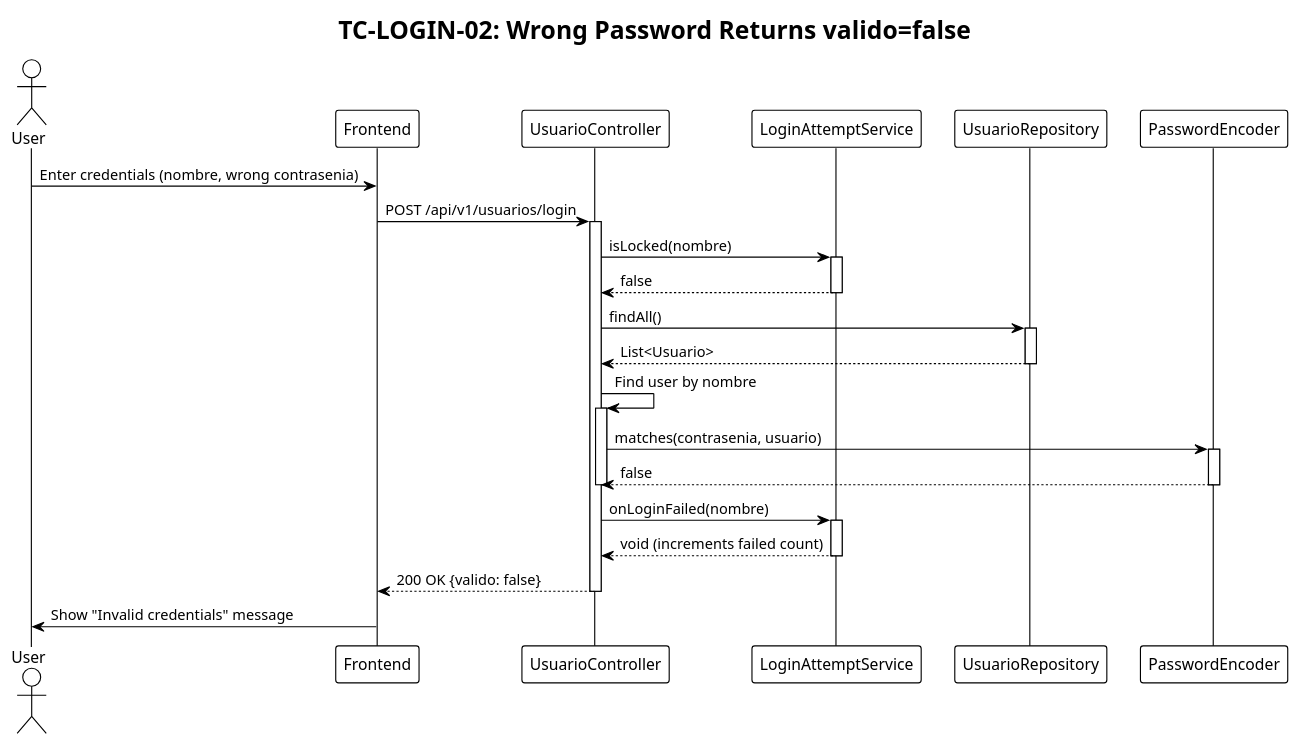
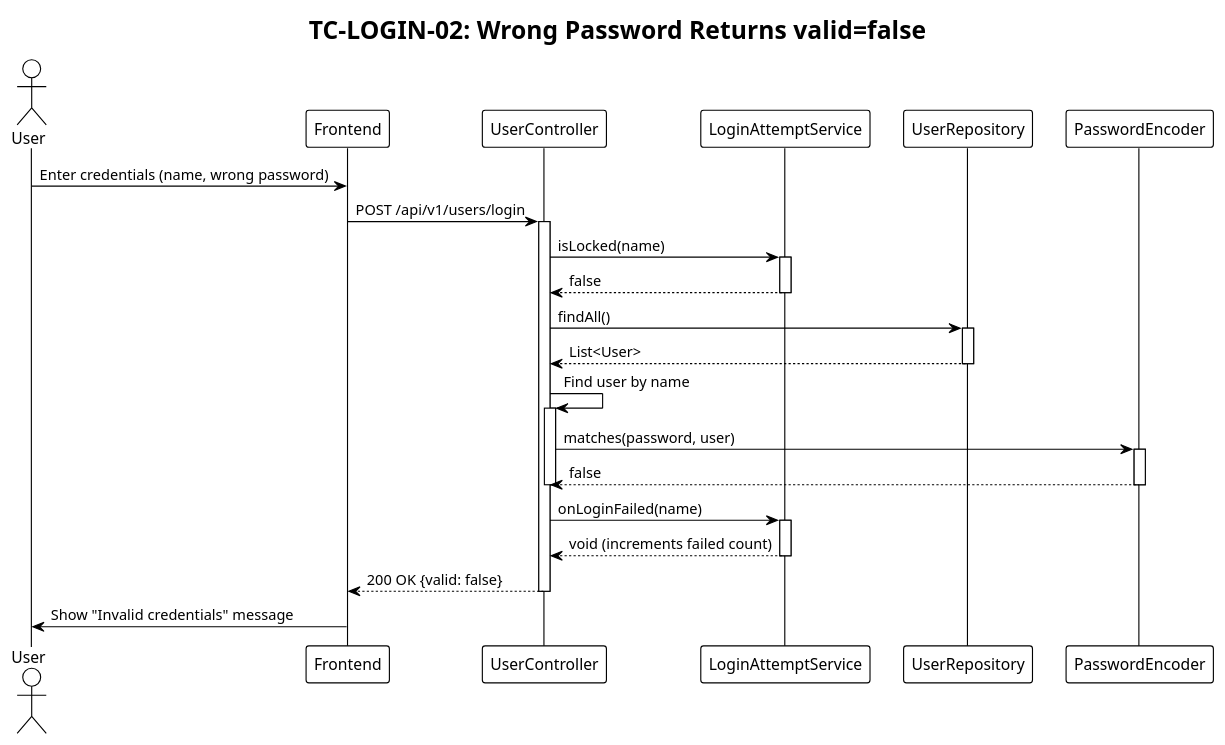
The diagram in docs/200-architecture/204-diagrams/Secuencias/seq-006-login-wrong-password.puml (matiaspakua/notaire), drawn with PlantUML before and after one commit. The commit also changed 52 other files, not shown here.

```diff
--- a/docs/200-architecture/204-diagrams/Secuencias/seq-006-login-wrong-password.puml
+++ b/docs/200-architecture/204-diagrams/Secuencias/seq-006-login-wrong-password.puml
@@ -1,44 +1,44 @@
 @startuml login-wrong-password
 !theme plain
-title TC-LOGIN-02: Wrong Password Returns valido=false
+title TC-LOGIN-02: Wrong Password Returns valid=false
 
 actor "User" as User
 participant "Frontend" as FE
-participant "UsuarioController" as Ctrl
+participant "UserController" as Ctrl
 participant "LoginAttemptService" as LAS
-participant "UsuarioRepository" as Repo
+participant "UserRepository" as Repo
 participant "PasswordEncoder" as PE
 
-User -> FE: Enter credentials (nombre, wrong contrasenia)
-FE -> Ctrl: POST /api/v1/usuarios/login
+User -> FE: Enter credentials (name, wrong password)
+FE -> Ctrl: POST /api/v1/users/login
 activate Ctrl
 
-Ctrl -> LAS: isLocked(nombre)
+Ctrl -> LAS: isLocked(name)
 activate LAS
 LAS --> Ctrl: false
 deactivate LAS
 
 Ctrl -> Repo: findAll()
 activate Repo
-Repo --> Ctrl: List<Usuario>
+Repo --> Ctrl: List<User>
 deactivate Repo
 
-Ctrl -> Ctrl: Find user by nombre
+Ctrl -> Ctrl: Find user by name
 activate Ctrl
-Ctrl -> PE: matches(contrasenia, usuario)
+Ctrl -> PE: matches(password, user)
 activate PE
 PE --> Ctrl: false
 deactivate PE
 deactivate Ctrl
 
-Ctrl -> LAS: onLoginFailed(nombre)
+Ctrl -> LAS: onLoginFailed(name)
 activate LAS
 LAS --> Ctrl: void (increments failed count)
 deactivate LAS
 
-Ctrl --> FE: 200 OK {valido: false}
+Ctrl --> FE: 200 OK {valid: false}
 deactivate Ctrl
 
 FE -> User: Show "Invalid credentials" message
 
 @enduml
```
